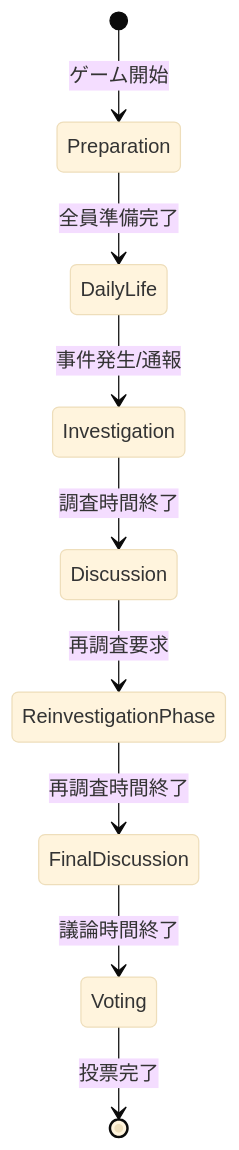
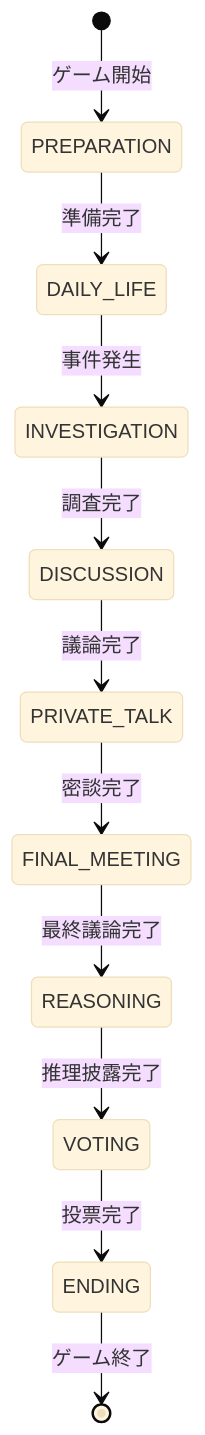
Before and after one commit to terao-ryohei/MDMSScript: the diagram in docs/how-to-play.md, drawn with Mermaid (base theme). The commit also changed other lines of this file and 36 other files, not shown here.

````diff
--- a/docs/how-to-play.md
+++ b/docs/how-to-play.md
@@ -51,11 +105,13 @@
 ```mermaid
 stateDiagram-v2
-    [*] --> Preparation: ゲーム開始
-    Preparation --> DailyLife: 全員準備完了
-    DailyLife --> Investigation: 事件発生/通報
-    Investigation --> Discussion: 調査時間終了
-    Discussion --> ReinvestigationPhase: 再調査要求
-    ReinvestigationPhase --> FinalDiscussion: 再調査時間終了
-    FinalDiscussion --> Voting: 議論時間終了
-    Voting --> [*]: 投票完了
+    [*] --> PREPARATION: ゲーム開始
+    PREPARATION --> DAILY_LIFE: 準備完了
+    DAILY_LIFE --> INVESTIGATION: 事件発生
+    INVESTIGATION --> DISCUSSION: 調査完了
+    DISCUSSION --> PRIVATE_TALK: 議論完了
+    PRIVATE_TALK --> FINAL_MEETING: 密談完了
+    FINAL_MEETING --> REASONING: 最終議論完了
+    REASONING --> VOTING: 推理披露完了
+    VOTING --> ENDING: 投票完了
+    ENDING --> [*]: ゲーム終了
 ```
````
